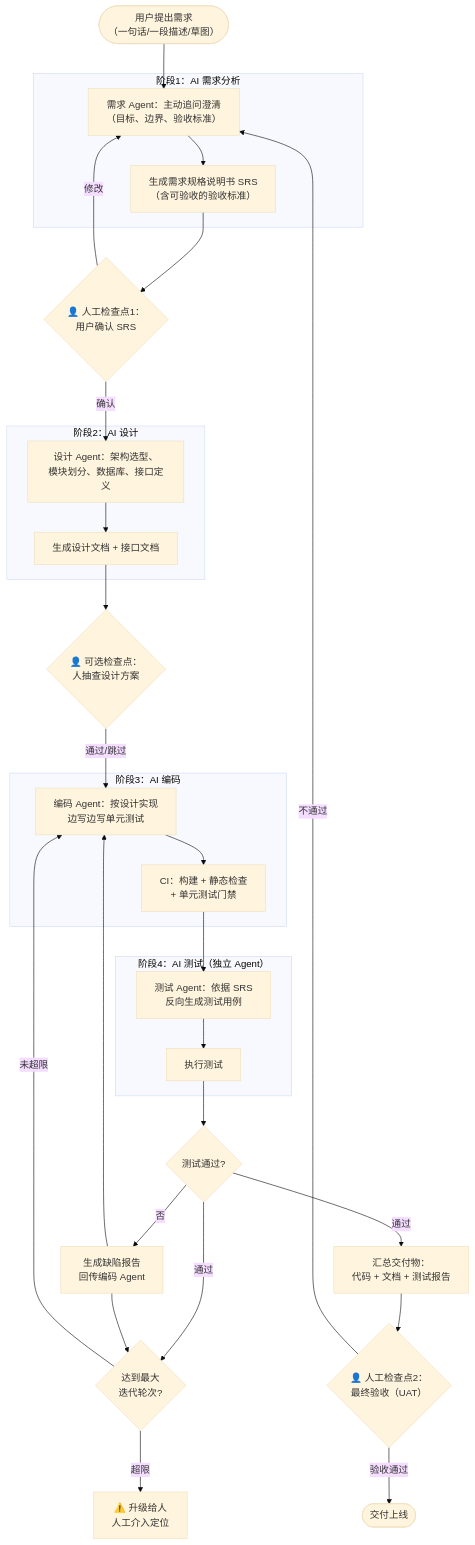
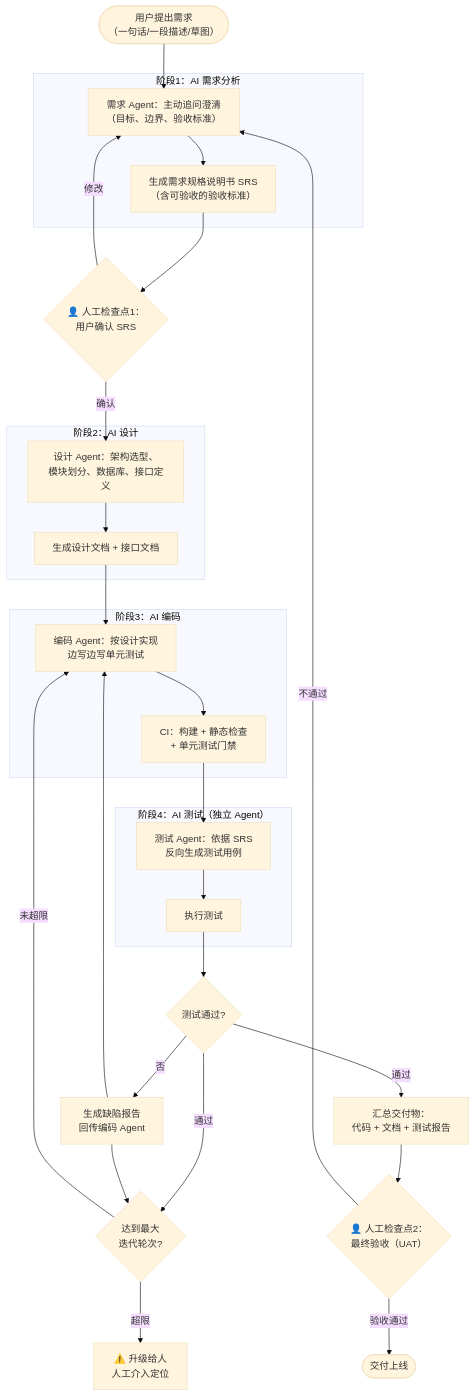
One commit to ChiangyangNPU/spec-pilot changed the first of 2 diagrams in design-rationale.md. Above: the diagram before and after it, drawn with Mermaid (base theme). The commit also changed other lines of this file and 7 other files, not shown here.

````diff
--- a/design-rationale.md
+++ b/design-rationale.md
@@ -23,38 +23,37 @@
 ```mermaid
 flowchart TB
     U(["用户提出需求<br/>（一句话/一段描述/草图）"]) --> A
 
     subgraph P1 ["阶段1：AI 需求分析"]
         A["需求 Agent：主动追问澄清<br/>（目标、边界、验收标准）"] --> B["生成需求规格说明书 SRS<br/>（含可验收的验收标准）"]
     end
     B --> H1{"👤 人工检查点1：<br/>用户确认 SRS"}
     H1 -- 修改 --> A
     H1 -- 确认 --> C
 
     subgraph P2 ["阶段2：AI 设计"]
         C["设计 Agent：架构选型、<br/>模块划分、数据库、接口定义"] --> D["生成设计文档 + 接口文档"]
     end
-    D --> H2{"👤 可选检查点：<br/>人抽查设计方案"}
-    H2 -- 通过/跳过 --> E
+    D --> E
 
     subgraph P3 ["阶段3：AI 编码"]
         E["编码 Agent：按设计实现<br/>边写边写单元测试"] --> F["CI：构建 + 静态检查<br/>+ 单元测试门禁"]
     end
     F --> G
 
     subgraph P4 ["阶段4：AI 测试（独立 Agent）"]
         G["测试 Agent：依据 SRS<br/>反向生成测试用例"] --> I["执行测试"]
     end
     I --> J{"测试通过?"}
     J -- 否 --> K["生成缺陷报告<br/>回传编码 Agent"]
     K --> E
     J -- 通过 --> L{"达到最大<br/>迭代轮次?"}
     K --> L
     L -- 超限 --> ESC["⚠️ 升级给人<br/>人工介入定位"]
     L -- 未超限 --> E
 
     J -- 通过 --> M["汇总交付物：<br/>代码 + 文档 + 测试报告"]
     M --> H3{"👤 人工检查点2：<br/>最终验收（UAT）"}
     H3 -- 验收通过 --> DONE(["交付上线"])
     H3 -- 不通过 --> A
 ```
````
